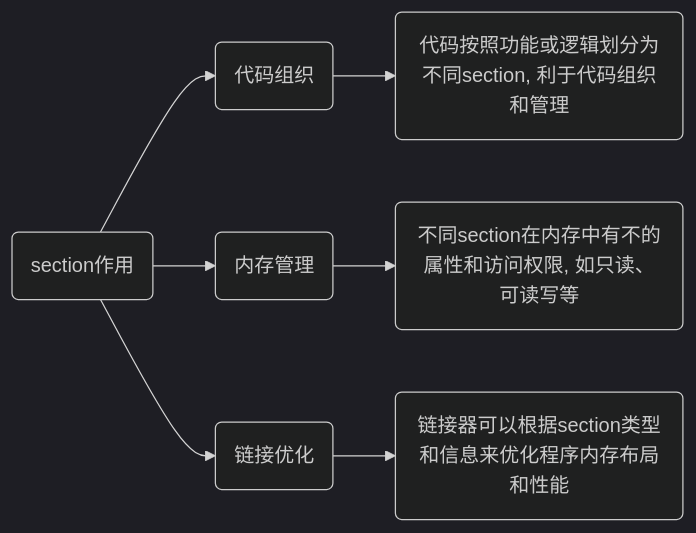
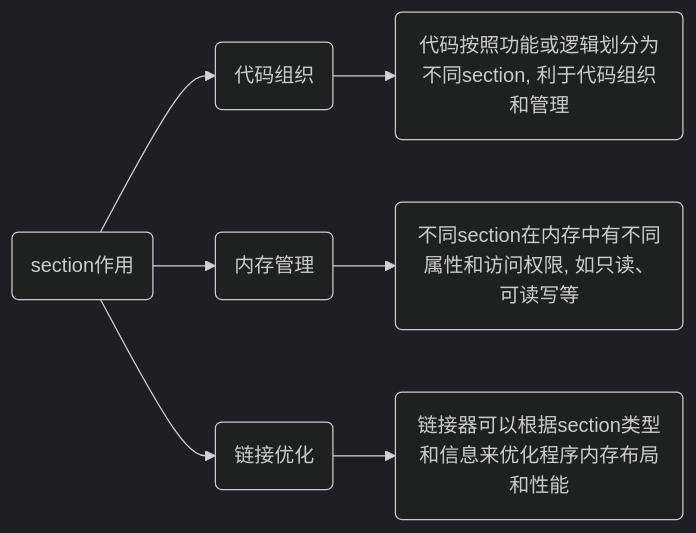
Before and after one commit to dmjcb/dmjcb.github.io: the seventh of 8 diagrams in _posts/language/c_c++/compile/2021-06-15-编译过程.md, drawn with Mermaid (dark theme). The commit also changed other lines of this file and 28 other files, not shown here.

````diff
--- a/_posts/language/c_c++/compile/2021-06-15-编译过程.md
+++ b/_posts/language/c_c++/compile/2021-06-15-编译过程.md
@@ -321,7 +321,7 @@
 ```mermaid
 graph LR;
     X(section作用)
     X --> A(代码组织) --> A1(代码按照功能或逻辑划分为不同section, 利于代码组织和管理)
-    X --> B(内存管理) --> B1(不同section在内存中有不的属性和访问权限, 如只读、可读写等)
+    X --> B(内存管理) --> B1(不同section在内存中有不同属性和访问权限, 如只读、可读写等)
     X --> C(链接优化) --> C1(链接器可以根据section类型和信息来优化程序内存布局和性能)
 ```
````
